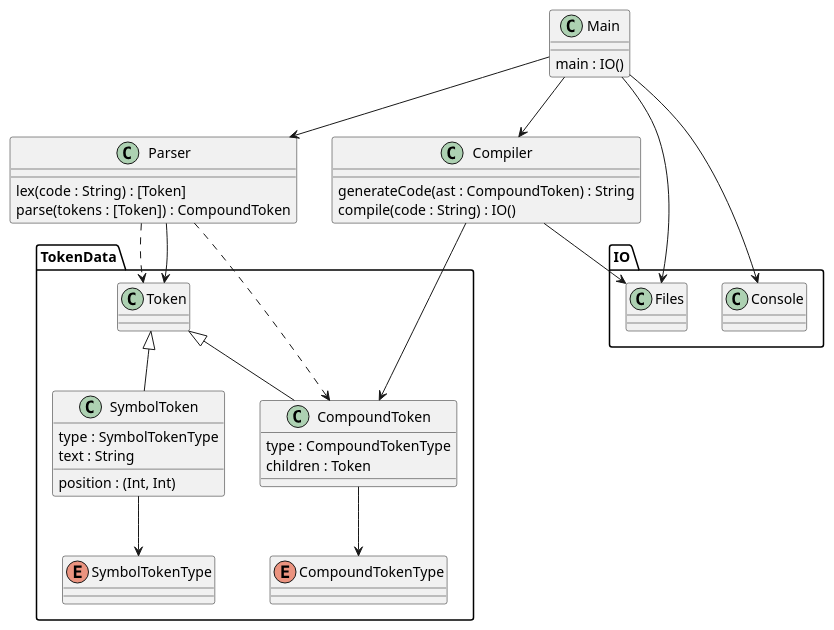
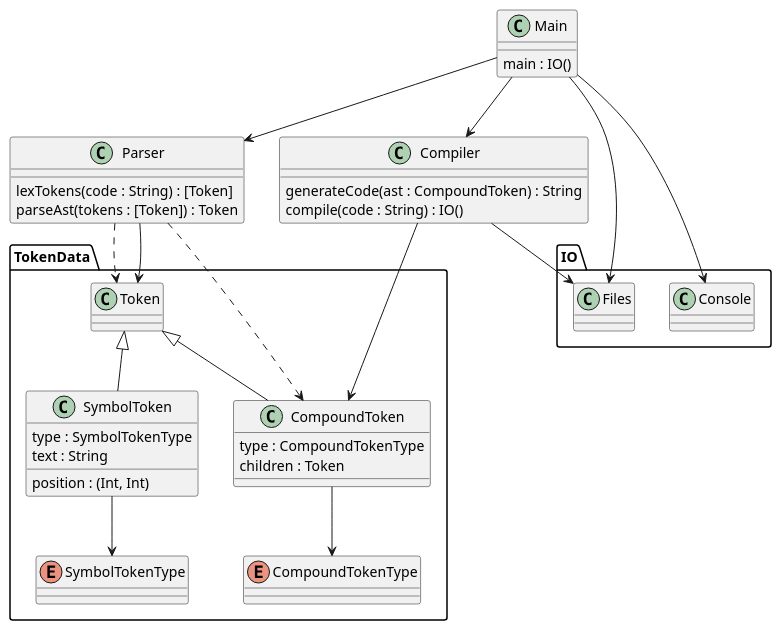
Before and after one commit to blueOkiris/kiss-lang: the diagram in docs/domain.plantuml, drawn with PlantUML. The commit also changed 4 other files, not shown here.

Commit message:
Created lex/parse functions, though not implemented

```diff
--- a/docs/domain.plantuml
+++ b/docs/domain.plantuml
@@ -1,56 +1,56 @@
 @startuml kiss-lang-domain
 
 namespace TokenData {
     class Token
     
     class SymbolToken {
         type : SymbolTokenType
         text : String
         position : (Int, Int)
     }
 
     class CompoundToken {
         type : CompoundTokenType
         children : Token
     }
     
     enum SymbolTokenType
     enum CompoundTokenType
     
     SymbolToken -u-|> Token
     CompoundToken -u-|> Token
     SymbolToken --> SymbolTokenType
     CompoundToken --> CompoundTokenType
 }
 
 class Parser {
-    lex(code : String) : [Token]
-    parse(tokens : [Token]) : CompoundToken
+    lexTokens(code : String) : [Token]
+    parseAst(tokens : [Token]) : Token
 }
 
 class Compiler {
     generateCode(ast : CompoundToken) : String
     compile(code : String) : IO()
 }
 
 namespace IO {
     class Files
     class Console
 }
 
 class Main {
     main : IO()
 }
 
 Compiler --> IO.Files
 Compiler --> TokenData.CompoundToken
 Parser ..> TokenData.Token
 Parser --> TokenData.Token
 Parser ..> TokenData.CompoundToken
 
 Main --> Compiler
 Main --> Parser
 Main --> IO.Files
 Main --> IO.Console
 
 @enduml
```
